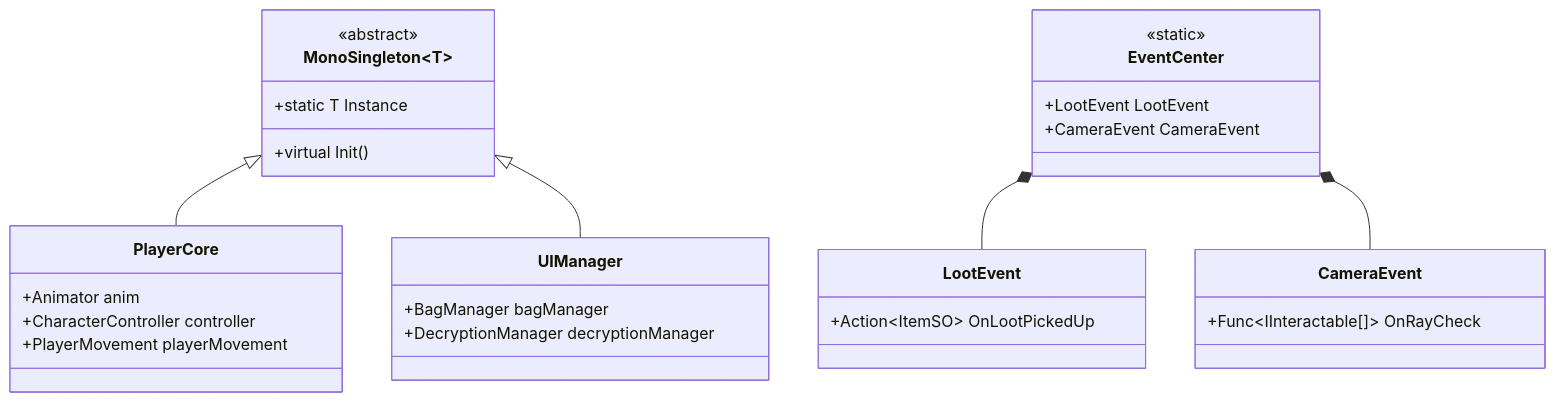
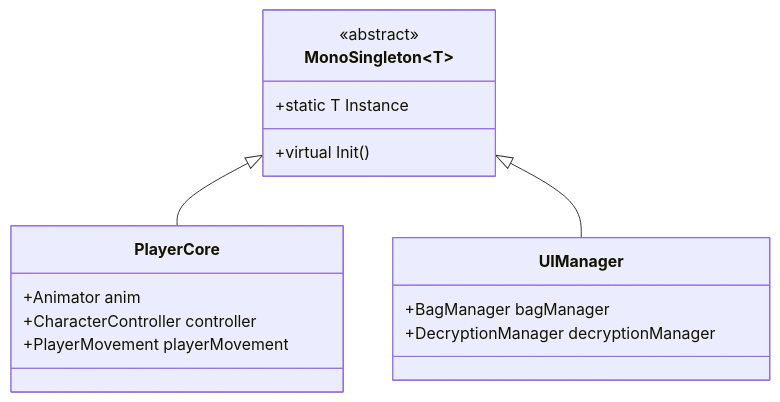
One commit to banaijianxincai888/Project-Victim-Unity-HorrorGameCore changed the first of 8 diagrams in Doc/Technology.md. Above: the diagram before and after it, drawn with Mermaid. The commit also changed other lines of this file, not shown here.

````diff
--- a/Doc/Technology.md
+++ b/Doc/Technology.md
@@ -22,34 +22,20 @@
 ```mermaid
 classDiagram
     class MonoSingleton~T~ {
         <<abstract>>
         +static T Instance
         +virtual Init()
     }
     class PlayerCore {
         +Animator anim
         +CharacterController controller
         +PlayerMovement playerMovement
     }
     class UIManager {
         +BagManager bagManager
         +DecryptionManager decryptionManager
     }
     
     MonoSingleton <|-- PlayerCore
     MonoSingleton <|-- UIManager
-
-    class EventCenter {
-        <<static>>
-        +LootEvent LootEvent
-        +CameraEvent CameraEvent
-    }
-    class LootEvent {
-        +Action~ItemSO~ OnLootPickedUp
-    }
-    class CameraEvent {
-        +Func~IInteractable[]~ OnRayCheck
-    }
-    EventCenter *-- LootEvent
-    EventCenter *-- CameraEvent
 ```
````
